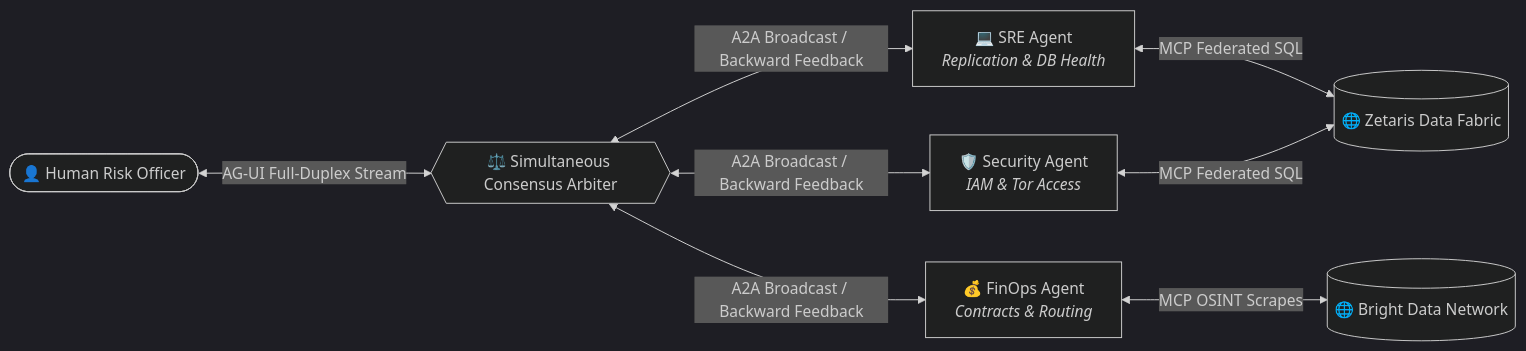
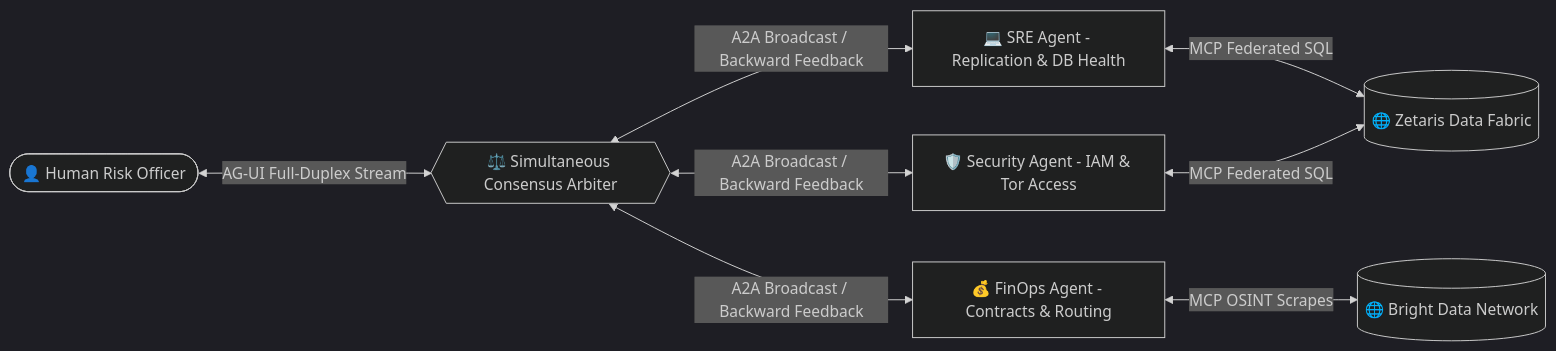
Before and after one commit to yuvanshankarm007/synapse_reason: the first of 2 diagrams in README.md, drawn with Mermaid (dark theme). The commit also changed other lines of this file and 1 other file, not shown here.

Commit message:
fix: update to PolyForm Noncommercial License and fix GitHub Mermaid rendering

````diff
--- a/README.md
+++ b/README.md
@@ -69,12 +69,12 @@
 ```mermaid
 flowchart LR
     User(["👤 Human Risk Officer"]) <-->|AG-UI Full-Duplex Stream| Arbiter{{"⚖️ Simultaneous Consensus Arbiter"}}
     
-    Arbiter <-->|A2A Broadcast / Backward Feedback| SRE["💻 SRE Agent<br><i>Replication & DB Health</i>"]
-    Arbiter <-->|A2A Broadcast / Backward Feedback| SEC["🛡️ Security Agent<br><i>IAM & Tor Access</i>"]
-    Arbiter <-->|A2A Broadcast / Backward Feedback| FIN["💰 FinOps Agent<br><i>Contracts & Routing</i>"]
+    Arbiter <-->|A2A Broadcast / Backward Feedback| SRE["💻 SRE Agent - Replication & DB Health"]
+    Arbiter <-->|A2A Broadcast / Backward Feedback| SEC["🛡️ Security Agent - IAM & Tor Access"]
+    Arbiter <-->|A2A Broadcast / Backward Feedback| FIN["💰 FinOps Agent - Contracts & Routing"]
     
     SRE <-->|MCP Federated SQL| Zetaris[("🌐 Zetaris Data Fabric")]
     SEC <-->|MCP Federated SQL| Zetaris
     FIN <-->|MCP OSINT Scrapes| BrightData[("🌐 Bright Data Network")]
 ```
````
